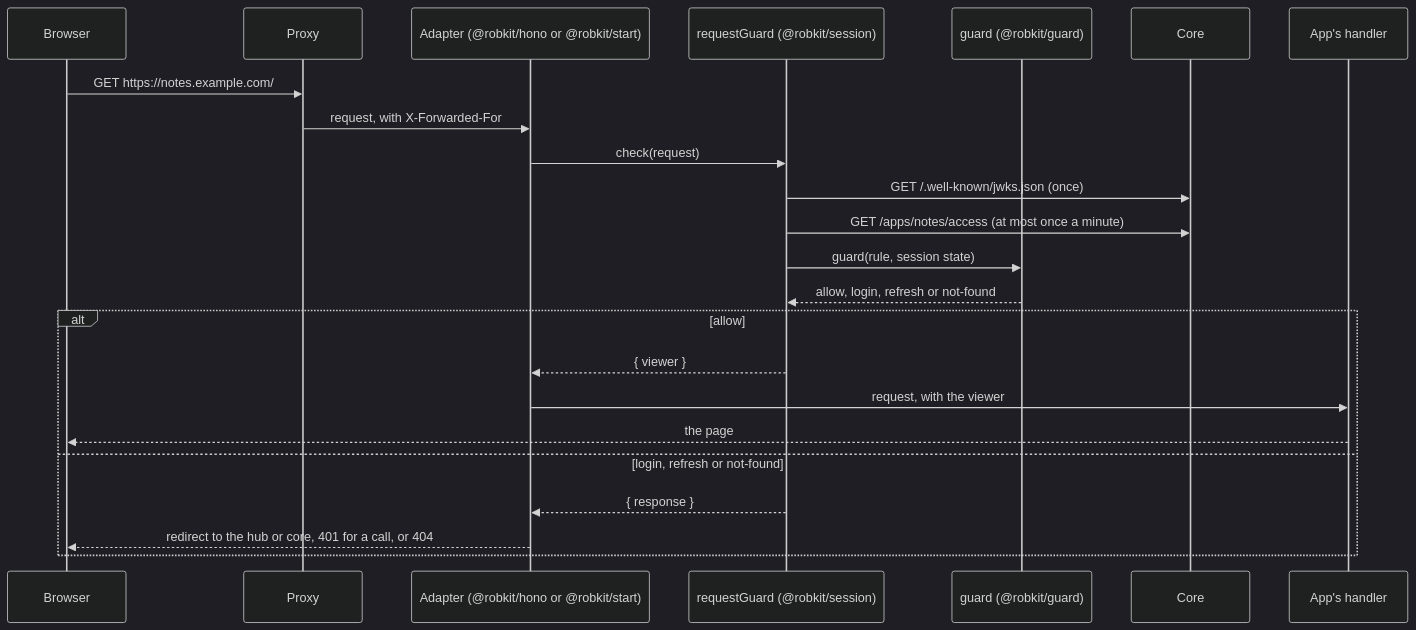
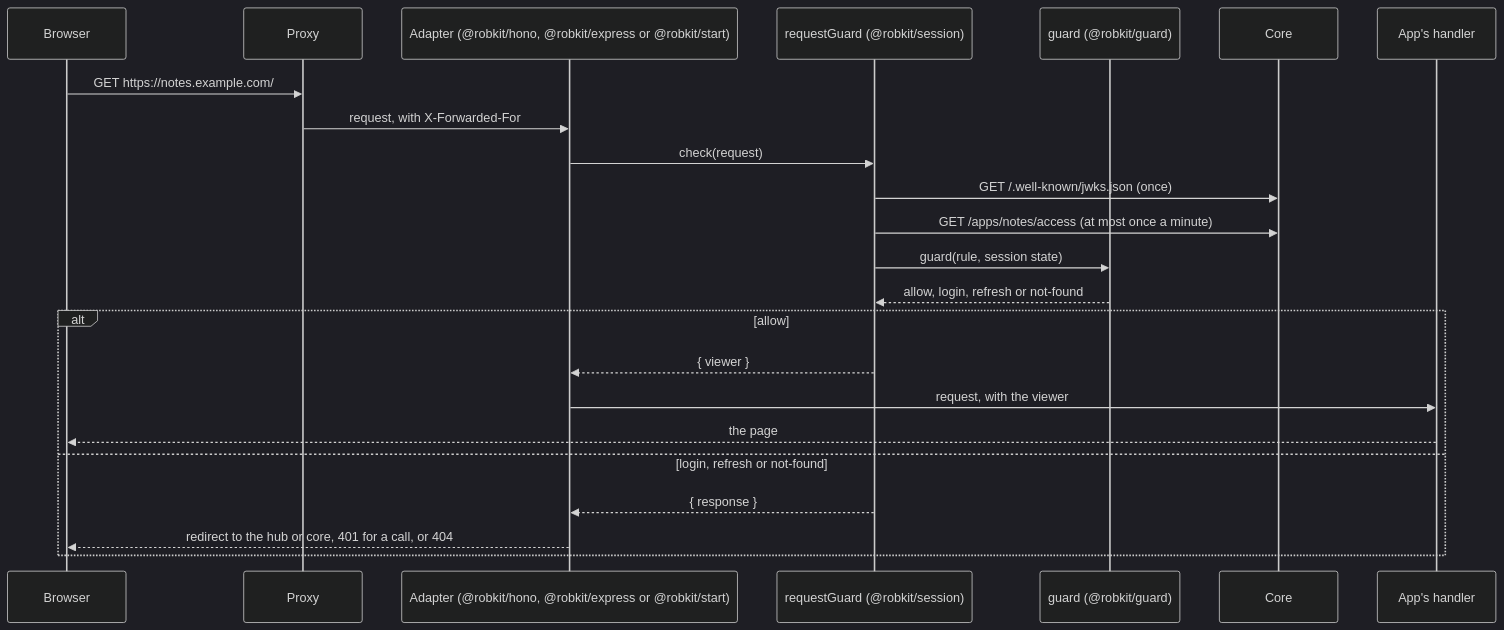
The second of 5 diagrams in docs/architecture.md (RobertScholey98/robkit), drawn with Mermaid (dark theme) before and after one commit. The commit also changed other lines of this file and 4 other files, not shown here.

First line of the commit message:
Name the Express adapter in the docs

````diff
--- a/docs/architecture.md
+++ b/docs/architecture.md
@@ -37,26 +37,26 @@
 ```mermaid
 sequenceDiagram
   participant B as Browser
   participant P as Proxy
-  participant A as Adapter (@robkit/hono or @robkit/start)
+  participant A as Adapter (@robkit/hono, @robkit/express or @robkit/start)
   participant R as requestGuard (@robkit/session)
   participant G as guard (@robkit/guard)
   participant C as Core
   participant H as App's handler
 
   B->>P: GET https://notes.example.com/
   P->>A: request, with X-Forwarded-For
   A->>R: check(request)
   R->>C: GET /.well-known/jwks.json (once)
   R->>C: GET /apps/notes/access (at most once a minute)
   R->>G: guard(rule, session state)
   G-->>R: allow, login, refresh or not-found
   alt allow
     R-->>A: { viewer }
     A->>H: request, with the viewer
     H-->>B: the page
   else login, refresh or not-found
     R-->>A: { response }
     A-->>B: redirect to the hub or core, 401 for a call, or 404
   end
 ```
````
